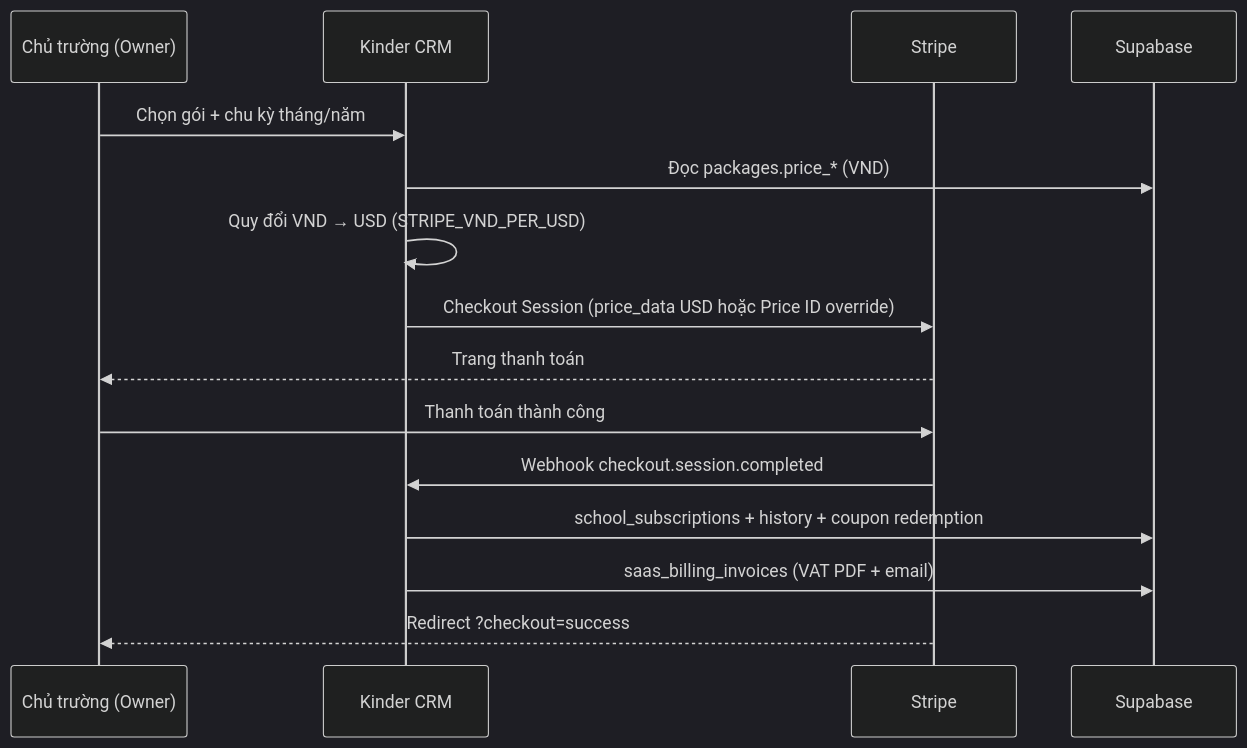
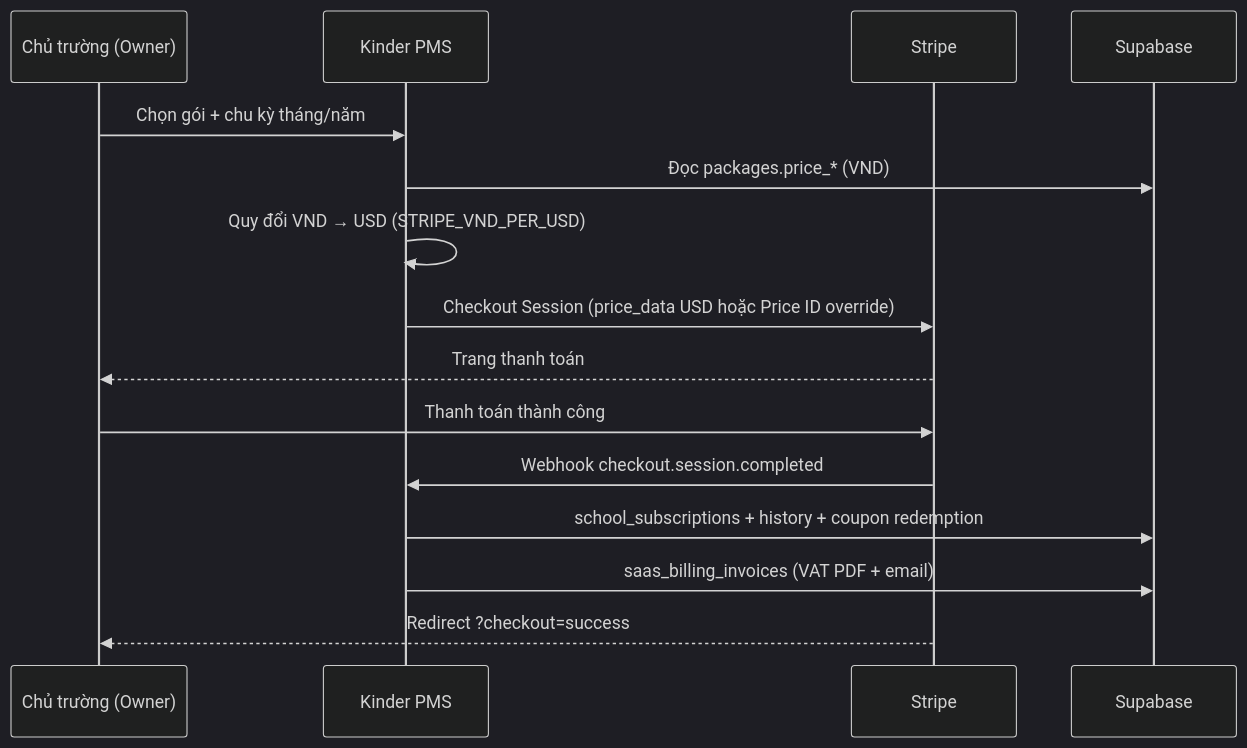
One commit to truongnpt/kindercrm-webapp changed the diagram in docs/stripe-integration.md. Above: the diagram before and after it, drawn with Mermaid (dark theme). The commit also changed other lines of this file and 32 other files, not shown here.

````diff
--- a/docs/stripe-integration.md
+++ b/docs/stripe-integration.md
@@ -25,18 +25,18 @@
 ```mermaid
 sequenceDiagram
   participant Owner as Chủ trường (Owner)
-  participant App as Kinder CRM
+  participant App as Kinder PMS
   participant Stripe as Stripe
   participant DB as Supabase
 
   Owner->>App: Chọn gói + chu kỳ tháng/năm
   App->>DB: Đọc packages.price_* (VND)
   App->>App: Quy đổi VND → USD (STRIPE_VND_PER_USD)
   App->>Stripe: Checkout Session (price_data USD hoặc Price ID override)
   Stripe-->>Owner: Trang thanh toán
   Owner->>Stripe: Thanh toán thành công
   Stripe->>App: Webhook checkout.session.completed
   App->>DB: school_subscriptions + history + coupon redemption
   App->>DB: saas_billing_invoices (VAT PDF + email)
   Stripe-->>Owner: Redirect ?checkout=success
 ```
````
